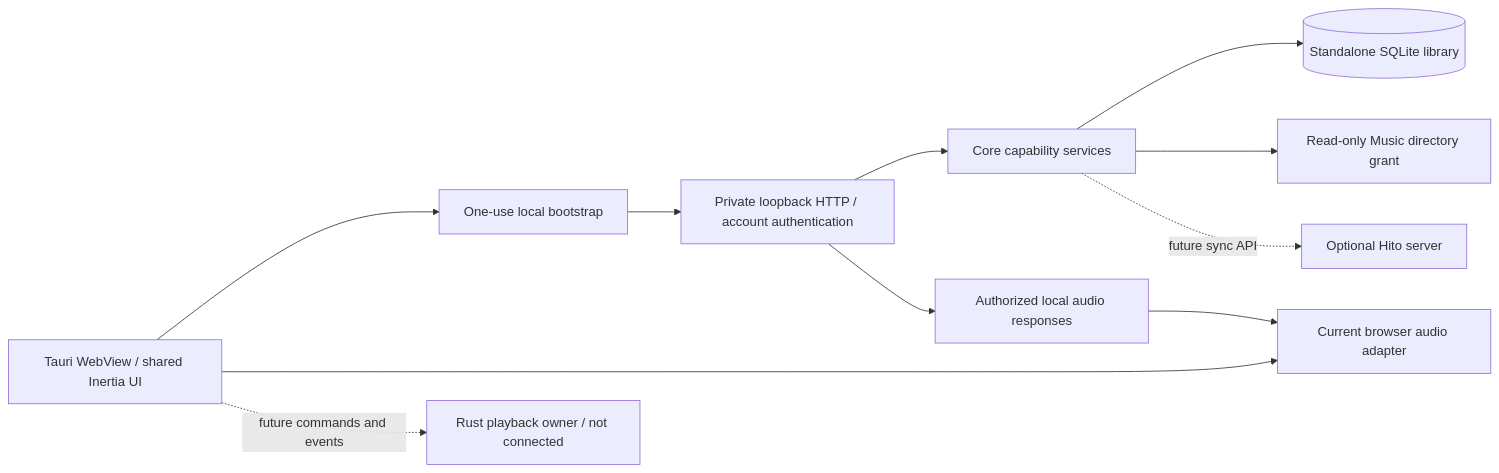
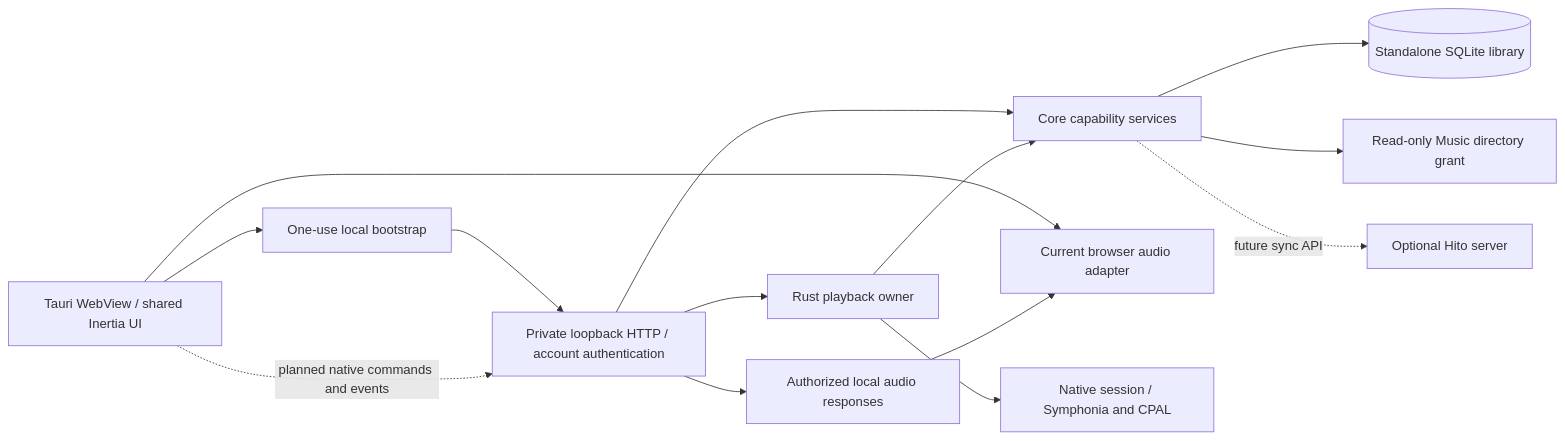
One commit to acidiney/hitoapp changed the first of 2 diagrams in docs/desktop.md. Above: the diagram before and after it, drawn with Mermaid. The commit also changed other lines of this file and 3 other files, not shown here.

Commit message:
Align desktop and architecture guides with native host integration

````diff
--- a/docs/desktop.md
+++ b/docs/desktop.md
@@ -5,13 +5,16 @@
 ```mermaid
 flowchart LR
   Window[Tauri WebView / shared Inertia UI] --> Bootstrap[One-use local bootstrap]
   Bootstrap --> HTTP[Private loopback HTTP / account authentication]
   HTTP --> Core[Core capability services]
   Core --> SQLite[(Standalone SQLite library)]
   Core --> Music[Read-only Music directory grant]
   Window --> BrowserAudio[Current browser audio adapter]
   HTTP --> Audio[Authorized local audio responses]
   Audio --> BrowserAudio
-  Window -. future commands and events .-> Native[Rust playback owner / not connected]
+  Window -. planned native commands and events .-> HTTP
+  HTTP --> Native[Rust playback owner]
+  Native --> Core
+  Native --> Engine[Native session / Symphonia and CPAL]
   Core -. future sync API .-> Remote[Optional Hito server]
 ```
````
